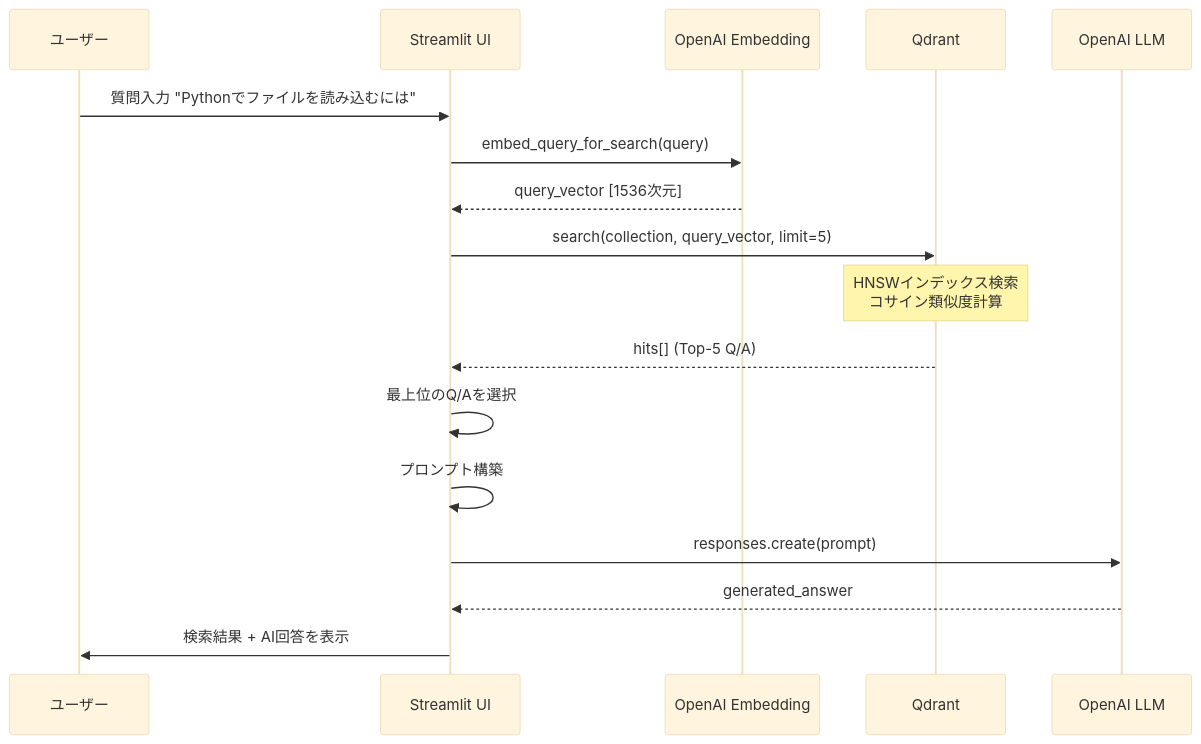
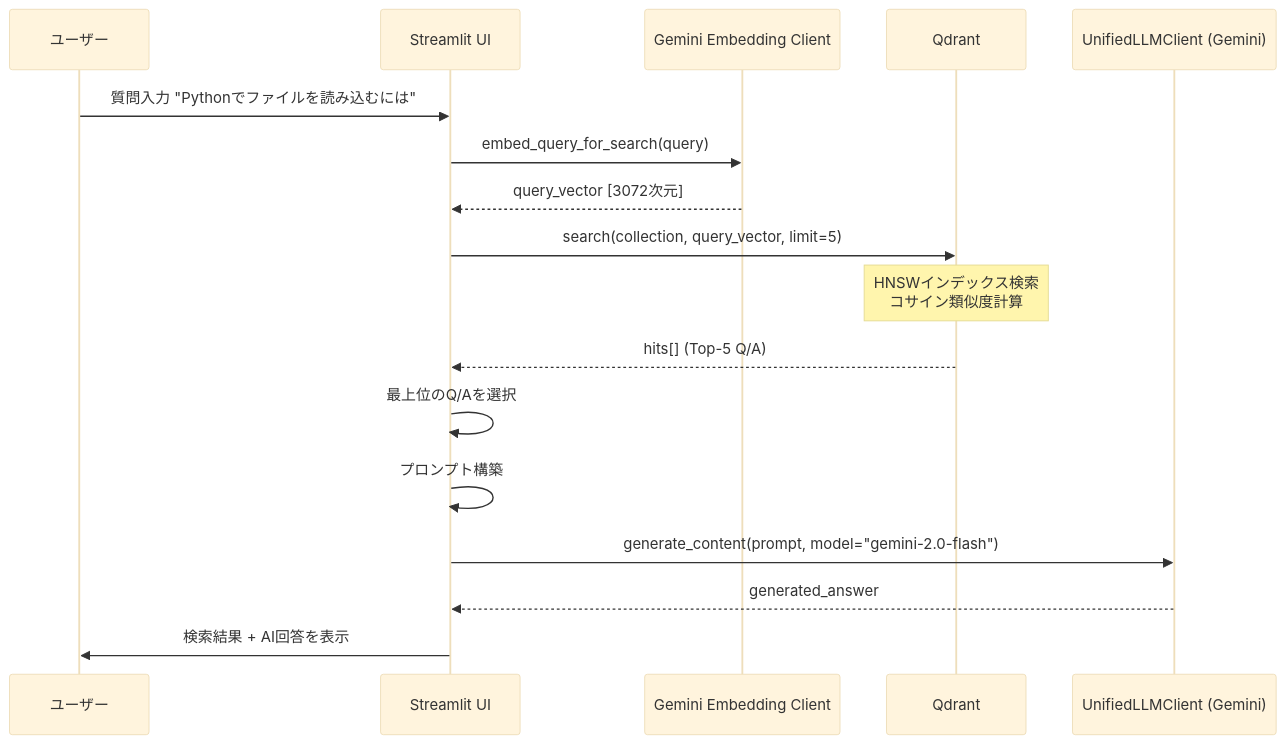
The sixth of 6 diagrams in doc/07_qdrant_integration_add.md (nakashima2toshio/gemini3_rag_qa), drawn with Mermaid (base theme) before and after one commit. The commit also changed other lines of this file and 11 other files, not shown here.

````diff
--- a/doc/07_qdrant_integration_add.md
+++ b/doc/07_qdrant_integration_add.md
@@ -960,24 +435,24 @@
 ```mermaid
 sequenceDiagram
     participant User as ユーザー
     participant UI as Streamlit UI
-    participant OAI_Emb as OpenAI Embedding
+    participant Emb_Client as Gemini Embedding Client
     participant Qdrant as Qdrant
-    participant OAI_LLM as OpenAI LLM
+    participant LLM_Client as UnifiedLLMClient (Gemini)
 
     User->>UI: 質問入力 "Pythonでファイルを読み込むには"
-    UI->>OAI_Emb: embed_query_for_search(query)
-    OAI_Emb-->>UI: query_vector [1536次元]
+    UI->>Emb_Client: embed_query_for_search(query)
+    Emb_Client-->>UI: query_vector [3072次元]
 
     UI->>Qdrant: search(collection, query_vector, limit=5)
     Note over Qdrant: HNSWインデックス検索<br/>コサイン類似度計算
     Qdrant-->>UI: hits[] (Top-5 Q/A)
 
     UI->>UI: 最上位のQ/Aを選択
     UI->>UI: プロンプト構築
 
-    UI->>OAI_LLM: responses.create(prompt)
-    OAI_LLM-->>UI: generated_answer
+    UI->>LLM_Client: generate_content(prompt, model="gemini-2.0-flash")
+    LLM_Client-->>UI: generated_answer
 
     UI->>User: 検索結果 + AI回答を表示
 ```
````
